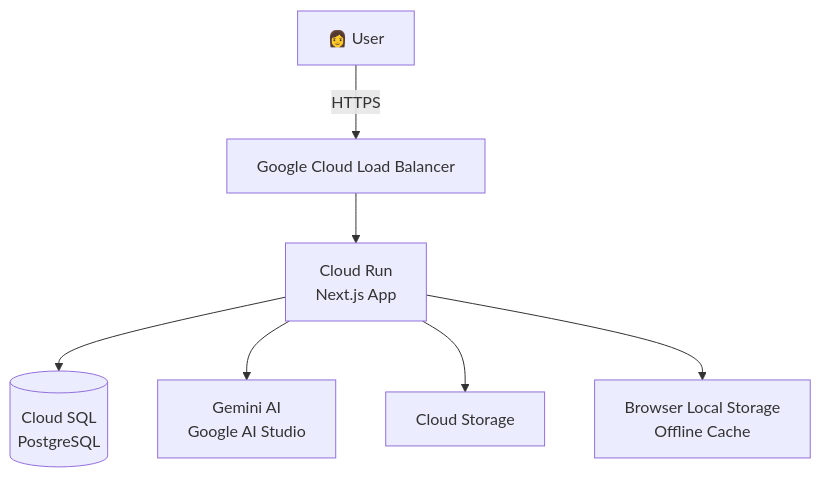
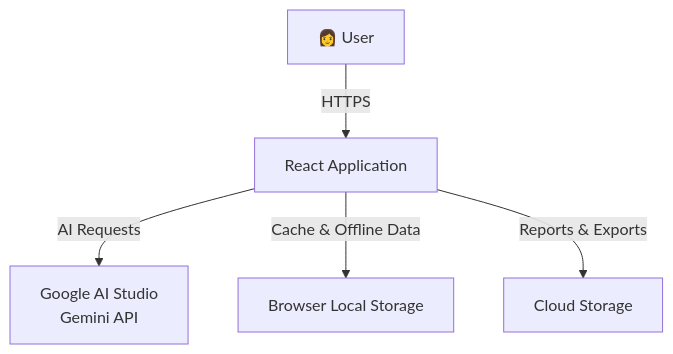
The diagram in README.md (Mahe243/Saheli-v2v), drawn with Mermaid before and after one commit.

Commit message:
Change in Readme

````diff
--- a/README.md
+++ b/README.md
@@ -103,17 +103,13 @@
 ```mermaid
 flowchart TD
     U[👩 User]
-    LB[Google Cloud Load Balancer]
-    CR[Cloud Run<br/>Next.js App]
-    SQL[(Cloud SQL<br/>PostgreSQL)]
-    AI[Gemini AI<br/>Google AI Studio]
+    R[React Application]
+    AI[Google AI Studio<br/>Gemini API]
+    LS[Browser Local Storage]
     CS[Cloud Storage]
-    LS[Browser Local Storage<br/>Offline Cache]
 
-    U -->|HTTPS| LB
-    LB --> CR
-    CR --> SQL
-    CR --> AI
-    CR --> CS
-    CR --> LS
+    U -->|HTTPS| R
+    R -->|AI Requests| AI
+    R -->|Cache & Offline Data| LS
+    R -->|Reports & Exports| CS
 ```
````
